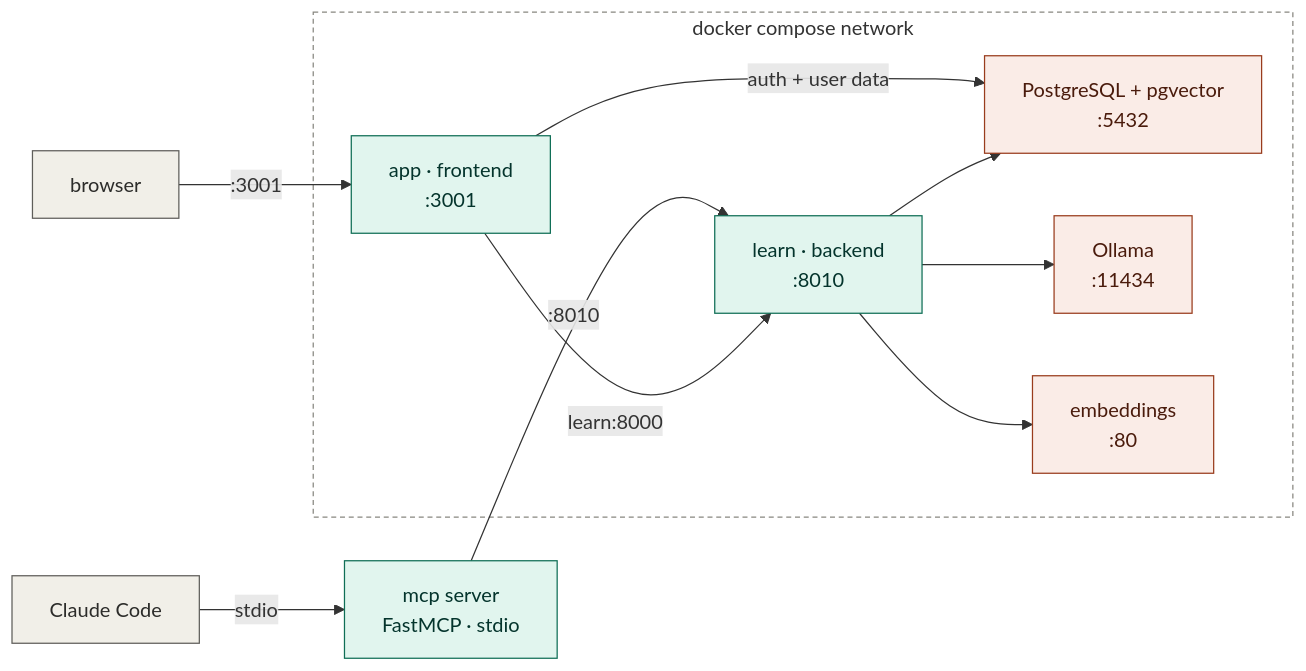
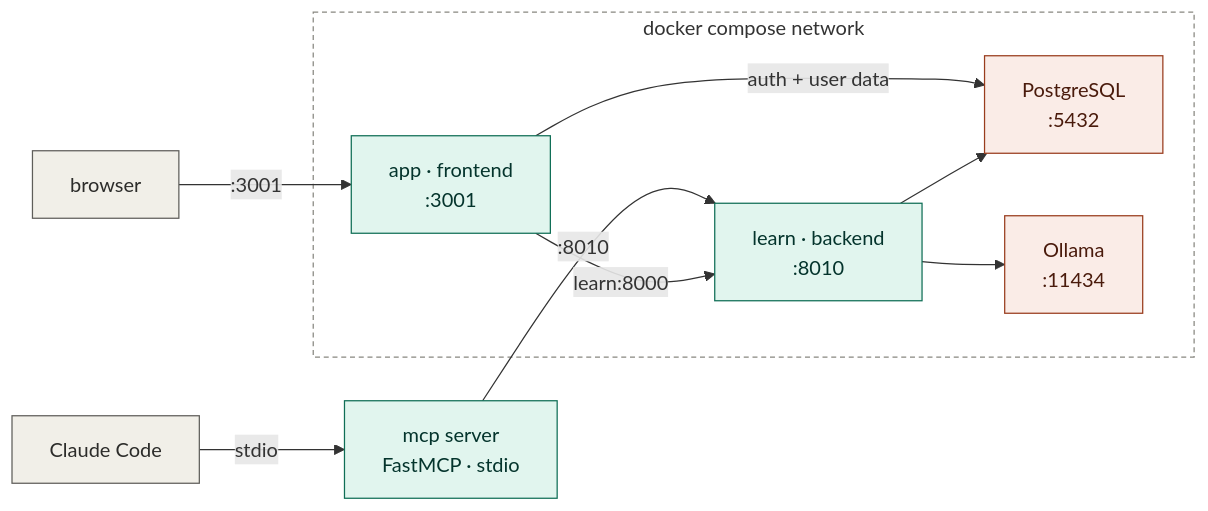
One commit to Aiden-Ferrante/learnhub-core changed the first of 4 diagrams in MAP.md. Above: the diagram before and after it, drawn with Mermaid. The commit also changed other lines of this file and 461 other files, not shown here.

````diff
--- a/MAP.md
+++ b/MAP.md
@@ -22,36 +22,34 @@
 ```mermaid
 flowchart LR
   browser["browser"]
   claude["Claude Code"]
 
   subgraph compose["docker compose network"]
     app["app · frontend<br/>:3001"]
     learn["learn · backend<br/>:8010"]
-    pg["PostgreSQL + pgvector<br/>:5432"]
+    pg["PostgreSQL<br/>:5432"]
     ollama["Ollama<br/>:11434"]
-    embed["embeddings<br/>:80"]
   end
 
   mcp["mcp server<br/>FastMCP · stdio"]
 
   browser -->|:3001| app
   claude -->|stdio| mcp
   mcp -->|:8010| learn
   app -->|learn:8000| learn
   app -->|auth + user data| pg
   learn --> pg
   learn --> ollama
-  learn --> embed
 
   classDef client fill:#F1EFE8,stroke:#5F5E5A,color:#2C2C2A;
   classDef built fill:#E1F5EE,stroke:#0F6E56,color:#04342C;
   classDef tool fill:#FAECE7,stroke:#993C1D,color:#4A1B0C;
   class browser,claude client;
   class app,learn,mcp built;
-  class pg,ollama,embed tool;
+  class pg,ollama tool;
   style compose fill:none,stroke:#888780,stroke-dasharray:4 3;
 
   click app "https://github.com/Aiden-Ferrante/learnhub/tree/main/frontend" "frontend/"
   click learn "https://github.com/Aiden-Ferrante/learnhub/tree/main/backend" "backend/"
   click mcp "https://github.com/Aiden-Ferrante/learnhub/blob/main/mcp/server.py" "mcp/server.py"
 ```
````
